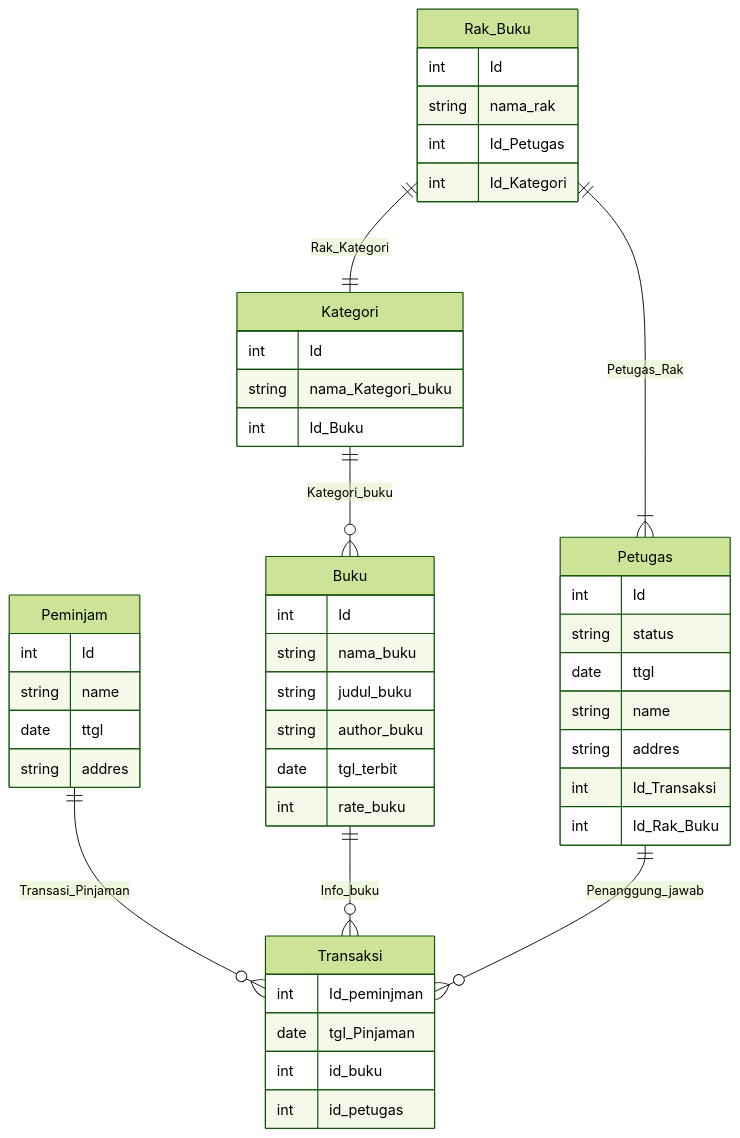
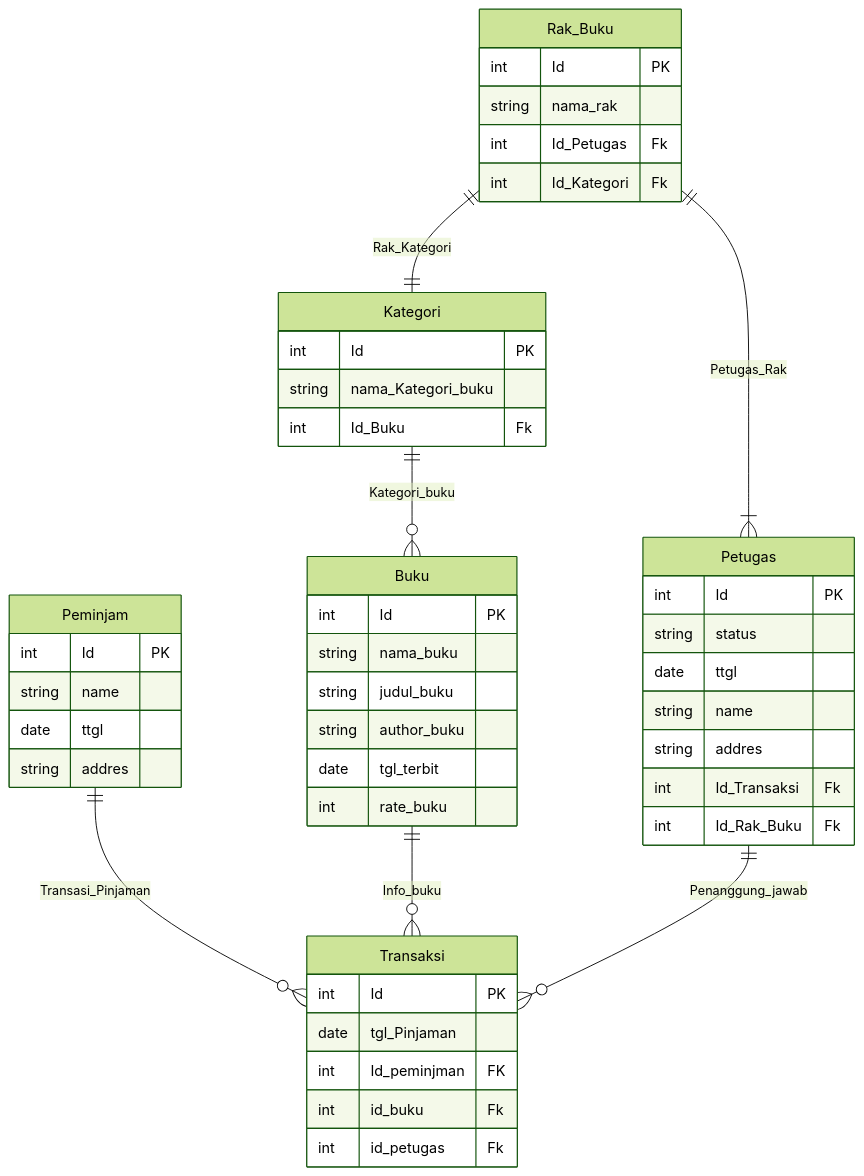
Before and after one commit to fatawaimamalmuftin/koda-b8-db1: the diagram in readme.md, drawn with Mermaid (forest theme).

Commit message:
feat: added Key

````diff
--- a/readme.md
+++ b/readme.md
@@ -1,61 +1,62 @@
 ```mermaid 
 erDiagram
     Peminjam{
-        int Id
+        int Id PK
         string name
         date ttgl
         string addres
     }
 
     Transaksi{
-        int Id_peminjman
-        date tgl_Pinjaman
-        int id_buku
-        int id_petugas
+        int Id PK
+        date tgl_Pinjaman 
+        int Id_peminjman FK
+        int id_buku Fk
+        int id_petugas Fk
     }
 
     Petugas{
-        int Id
+        int Id PK
         string status
         date ttgl
         string name
         string addres
-        int Id_Transaksi
-        int Id_Rak_Buku
+        int Id_Transaksi Fk
+        int Id_Rak_Buku Fk
     }
 
     Rak_Buku{
-        int Id
+        int Id PK
         string nama_rak
-        int Id_Petugas
-        int Id_Kategori
+        int Id_Petugas Fk
+        int Id_Kategori Fk
     }
 
     Kategori{
-        int Id
+        int Id PK
         string nama_Kategori_buku
-        int Id_Buku
+        int Id_Buku Fk
     }
 
     Buku{
-        int Id
+        int Id PK
         string nama_buku
         string judul_buku
         string author_buku
         date tgl_terbit
         int rate_buku
     }
 
     Peminjam ||--o{ Transaksi : Transasi_Pinjaman
 
     Buku ||--o{ Transaksi : Info_buku
 
     Petugas ||--o{ Transaksi : Penanggung_jawab
 
     Kategori ||--o{ Buku : Kategori_buku
 
     Rak_Buku ||--|| Kategori : Rak_Kategori
 
     Rak_Buku ||--|{ Petugas : Petugas_Rak
 
 ```
````
